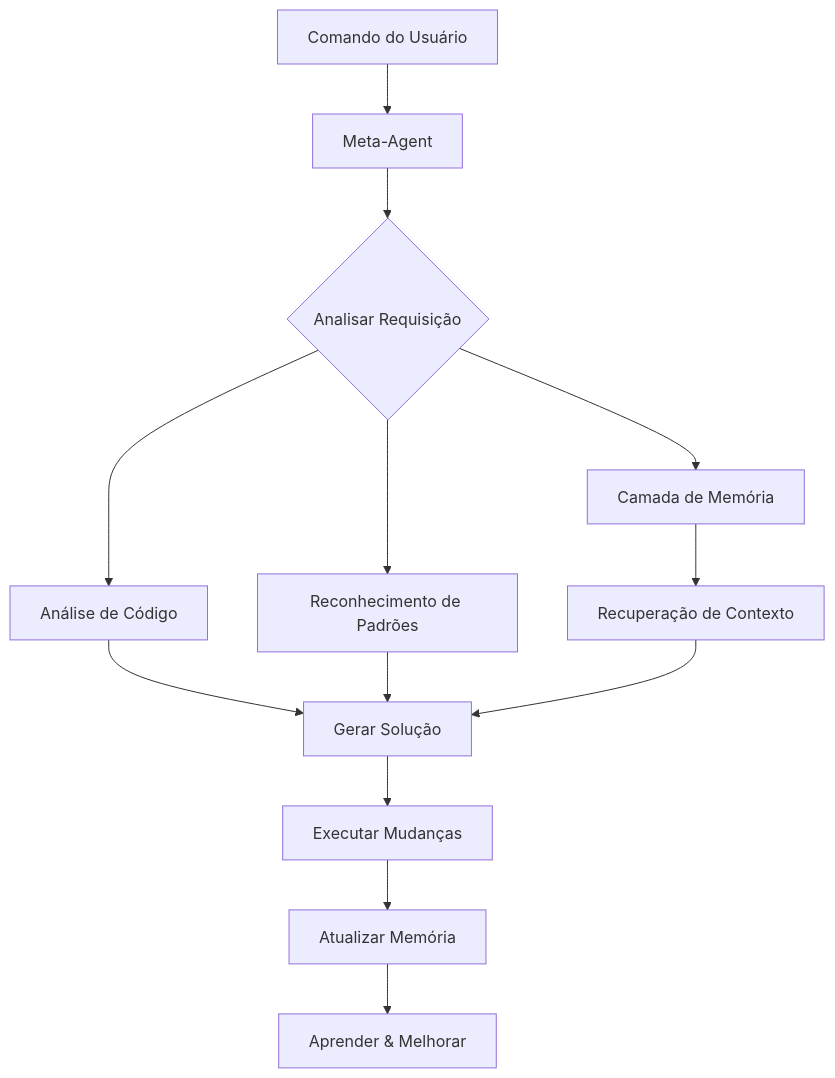
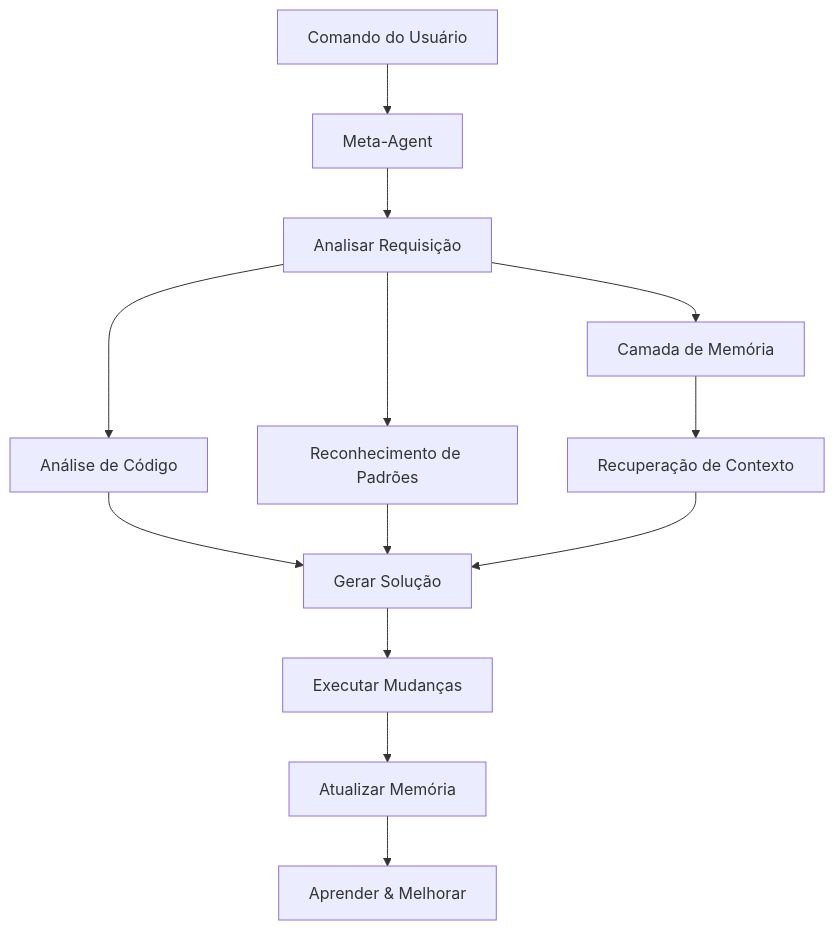
One commit to bychrisr/aios-docs changed the diagram in content/pt-BR/docs/getting-started.mdx. Above: the diagram before and after it, drawn with Mermaid. The commit also changed 40 other files, not shown here.

````diff
--- a/content/pt-BR/docs/getting-started.mdx
+++ b/content/pt-BR/docs/getting-started.mdx
@@ -147,15 +147,15 @@
 ```mermaid
 graph TD
     A[Comando do Usuário] --> B[Meta-Agent]
-    B --> C{Analisar Requisição}
+    B --> C[Analisar Requisição]
     C --> D[Camada de Memória]
     C --> E[Análise de Código]
     C --> F[Reconhecimento de Padrões]
     D --> G[Recuperação de Contexto]
     E --> H[Gerar Solução]
     F --> H
     G --> H
     H --> I[Executar Mudanças]
     I --> J[Atualizar Memória]
-    J --> K[Aprender & Melhorar]
+    J --> K[Aprender &amp; Melhorar]
 ```
````
